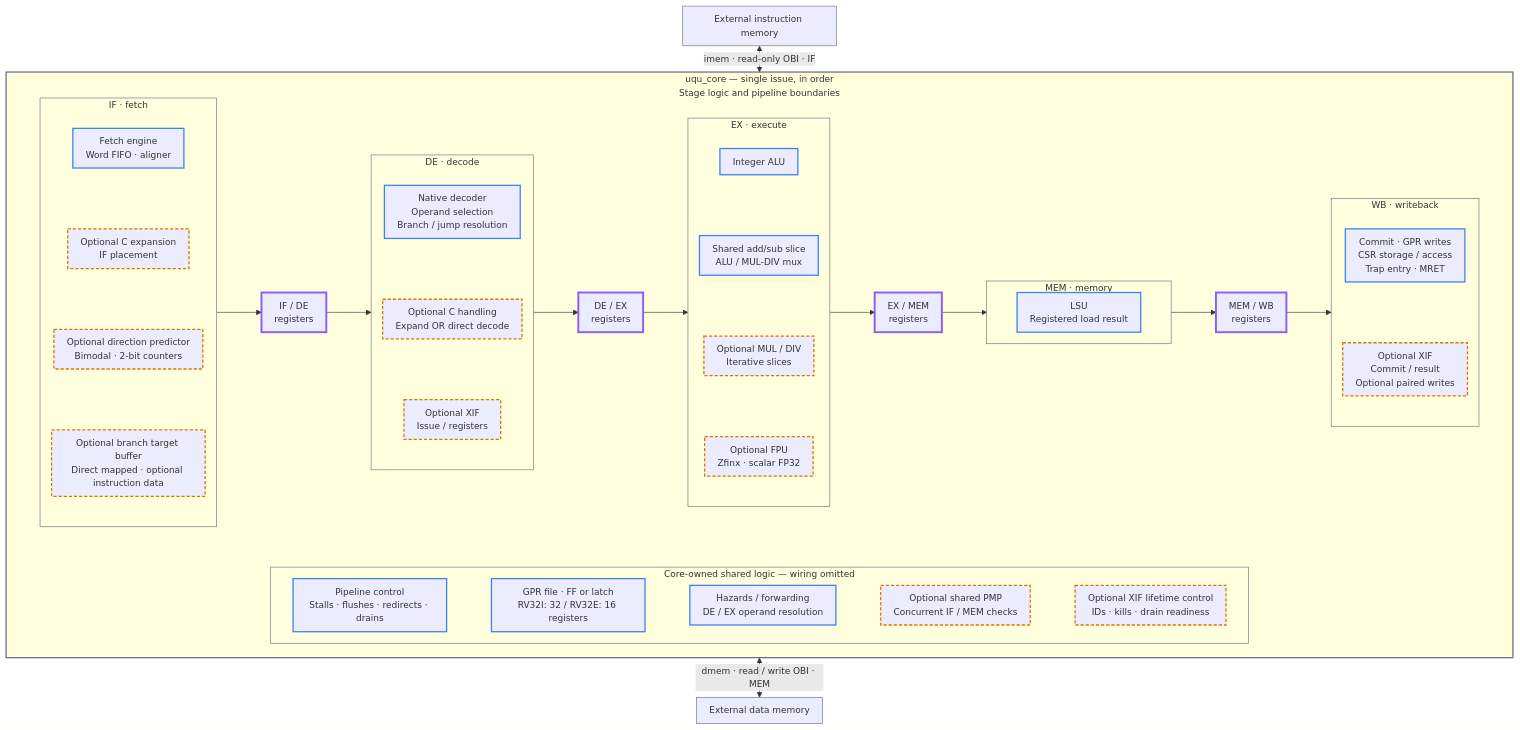
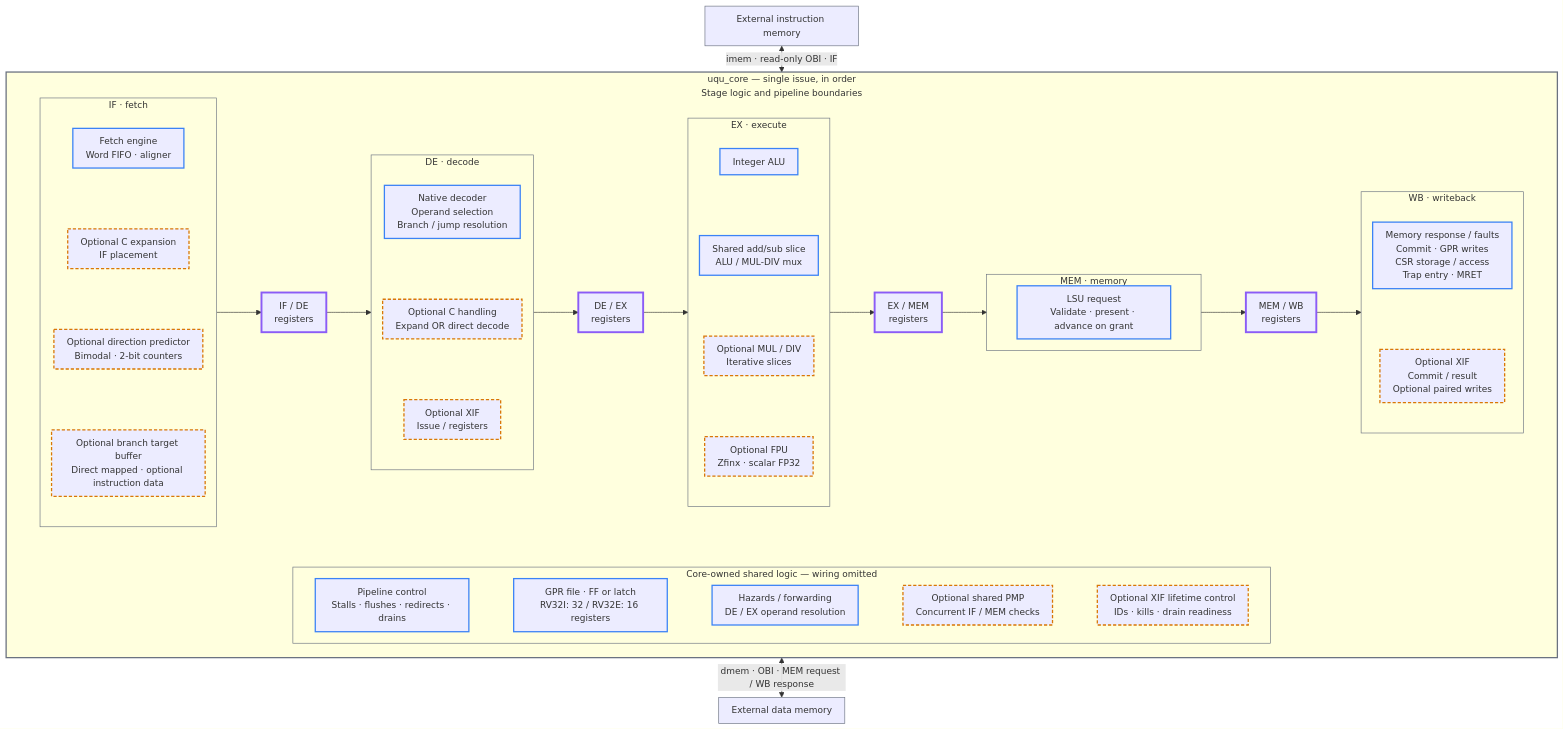
One commit to JoGei/uquintus changed the first of 2 diagrams in README.md. Above: the diagram before and after it, drawn with Mermaid. The commit also changed 29 other files, not shown here.

First line of the commit message:
Refactor LSU to issue requests in MEM and complete responses in WB

```diff
--- a/README.md
+++ b/README.md
@@ -57,12 +57,12 @@
             end
             EX_MEM["EX / MEM<br/>registers"]
             subgraph MEM["MEM · memory"]
-                LSU["LSU<br/>Registered load result"]
+                LSU["LSU request<br/>Validate · present · advance on grant"]
             end
             MEM_WB["MEM / WB<br/>registers"]
             subgraph WB["WB · writeback"]
                 direction TB
-                COMMIT["Commit · GPR writes<br/>CSR storage / access<br/>Trap entry · MRET"]
+                COMMIT["Memory response / faults<br/>Commit · GPR writes<br/>CSR storage / access<br/>Trap entry · MRET"]
                 RESULT["Optional XIF<br/>Commit / result<br/>Optional paired writes"]
                 COMMIT ~~~ RESULT
             end
@@ -84,7 +84,7 @@
     end
 
     IMEM <-->|"imem · read-only OBI · IF"| CORE
-    CORE <-->|"dmem · read / write OBI · MEM"| DMEM
+    CORE <-->|"dmem · OBI · MEM request / WB response"| DMEM
 
     classDef base stroke:#3b82f6,stroke-width:2px
     classDef optional stroke:#d97706,stroke-width:2px,stroke-dasharray:5 3
```
